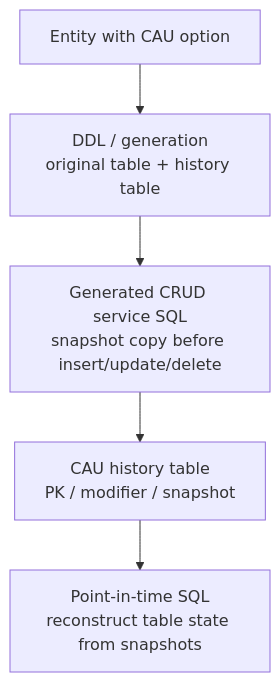
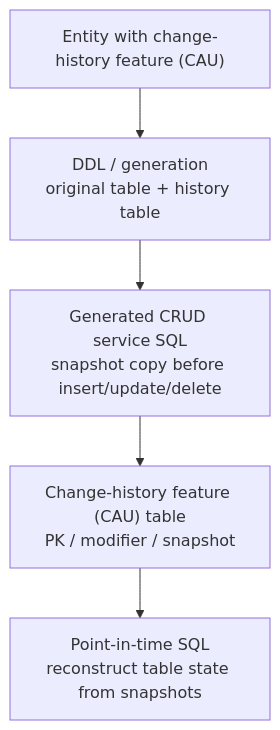
Before and after one commit to zmrdltl/portfolio: the second of 2 diagrams in docs/experience/tmaxcloud.en.md, drawn with Mermaid. The commit also changed other lines of this file and 5 other files, not shown here.

````diff
--- a/docs/experience/tmaxcloud.en.md
+++ b/docs/experience/tmaxcloud.en.md
@@ -45,13 +45,13 @@
 ```mermaid
 flowchart TD
-  entity["Entity with CAU option"]
+  entity["Entity with change-history feature (CAU)"]
   ddl["DDL / generation\noriginal table + history table"]
   crud["Generated CRUD service SQL\nsnapshot copy before insert/update/delete"]
-  history["CAU history table\nPK / modifier / snapshot"]
+  history["Change-history feature (CAU) table\nPK / modifier / snapshot"]
   restore["Point-in-time SQL\nreconstruct table state from snapshots"]
 
   entity --> ddl
   ddl --> crud
   crud --> history
   history --> restore
 ```
````
